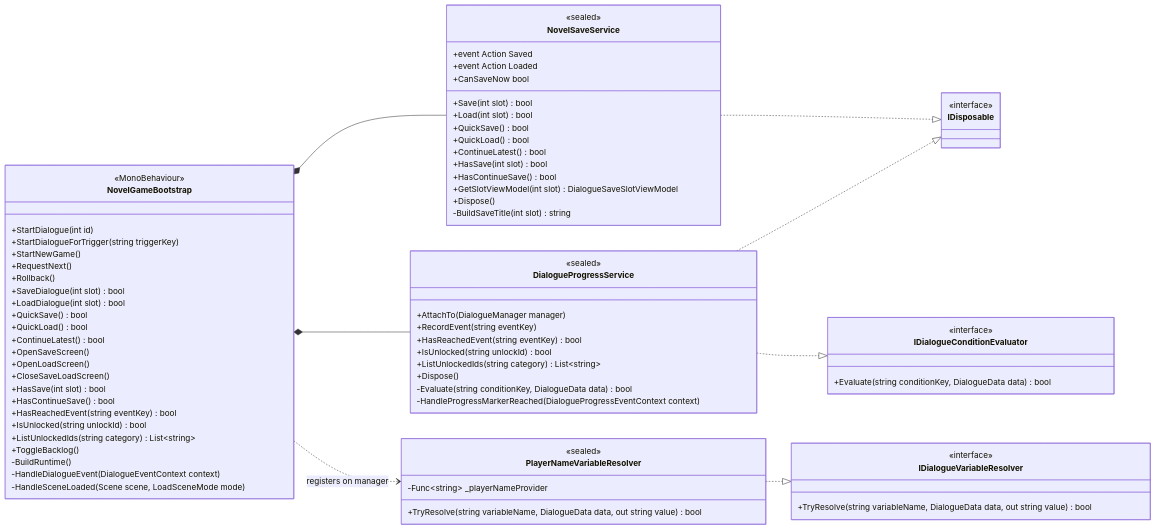
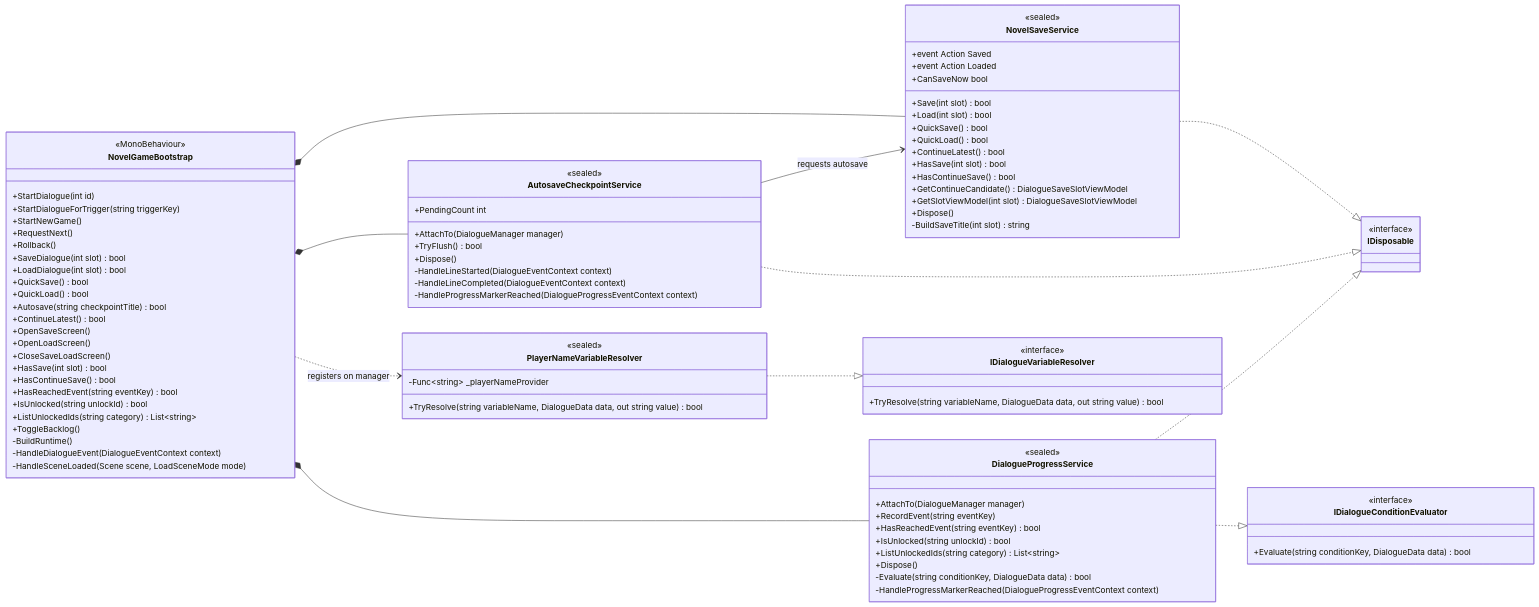
One commit to kkmia417/WhiteRoom changed the third of 5 diagrams in docs/architecture/class-diagram.md. Above: the diagram before and after it, drawn with Mermaid. The commit also changed other lines of this file and 11 other files, not shown here.

```diff
--- a/docs/architecture/class-diagram.md
+++ b/docs/architecture/class-diagram.md
@@ -143,6 +148,7 @@
         +LoadDialogue(int slot) bool
         +QuickSave() bool
         +QuickLoad() bool
+        +Autosave(string checkpointTitle) bool
         +ContinueLatest() bool
         +OpenSaveScreen()
         +OpenLoadScreen()
@@ -170,9 +176,21 @@
         +ContinueLatest() bool
         +HasSave(int slot) bool
         +HasContinueSave() bool
+        +GetContinueCandidate() DialogueSaveSlotViewModel
         +GetSlotViewModel(int slot) DialogueSaveSlotViewModel
         +Dispose()
         -BuildSaveTitle(int slot) string
+    }
+
+    class AutosaveCheckpointService {
+        <<sealed>>
+        +PendingCount int
+        +AttachTo(DialogueManager manager)
+        +TryFlush() bool
+        +Dispose()
+        -HandleLineStarted(DialogueEventContext context)
+        -HandleLineCompleted(DialogueEventContext context)
+        -HandleProgressMarkerReached(DialogueProgressEventContext context)
     }
 
     class DialogueProgressService {
@@ -206,9 +224,12 @@
     }
 
     NovelGameBootstrap *-- NovelSaveService
+    NovelGameBootstrap *-- AutosaveCheckpointService
     NovelGameBootstrap *-- DialogueProgressService
     NovelGameBootstrap ..> PlayerNameVariableResolver : registers on manager
     NovelSaveService ..|> IDisposable
+    AutosaveCheckpointService ..|> IDisposable
+    AutosaveCheckpointService --> NovelSaveService : requests autosave
     DialogueProgressService ..|> IDisposable
     DialogueProgressService ..|> IDialogueConditionEvaluator
     PlayerNameVariableResolver ..|> IDialogueVariableResolver
```
